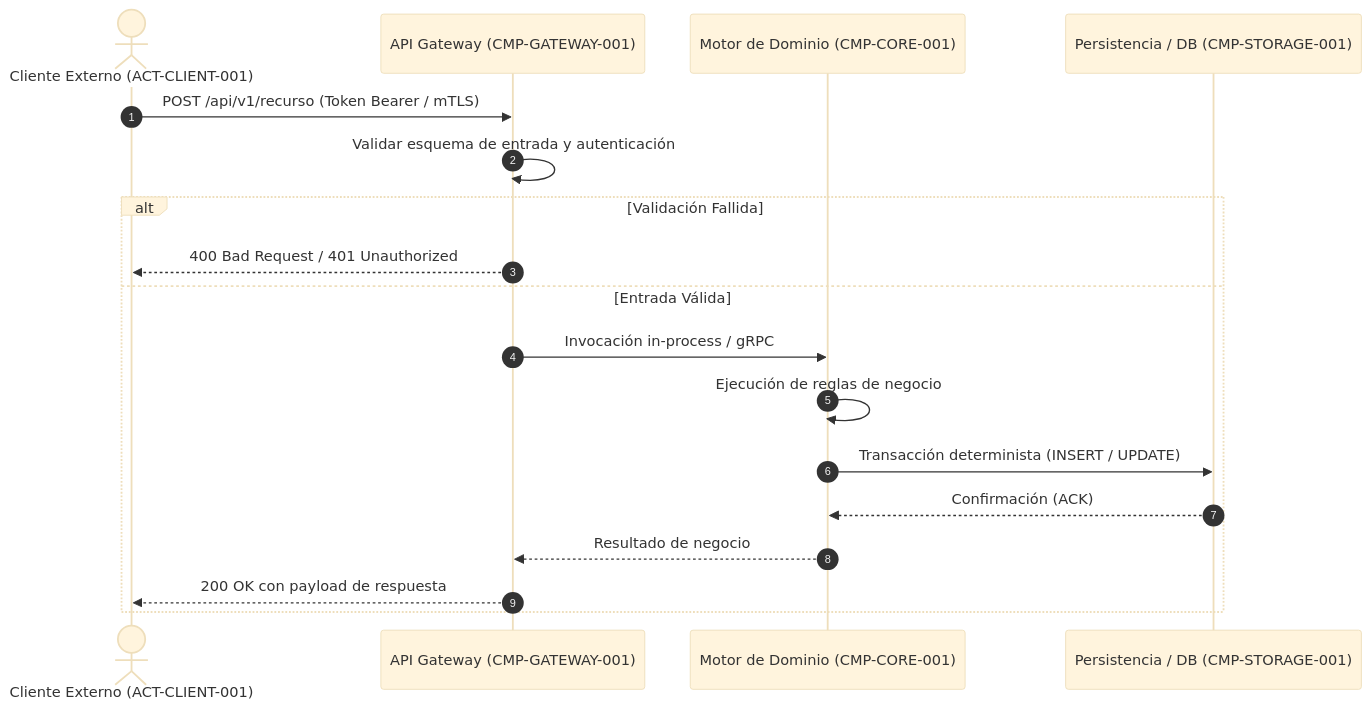
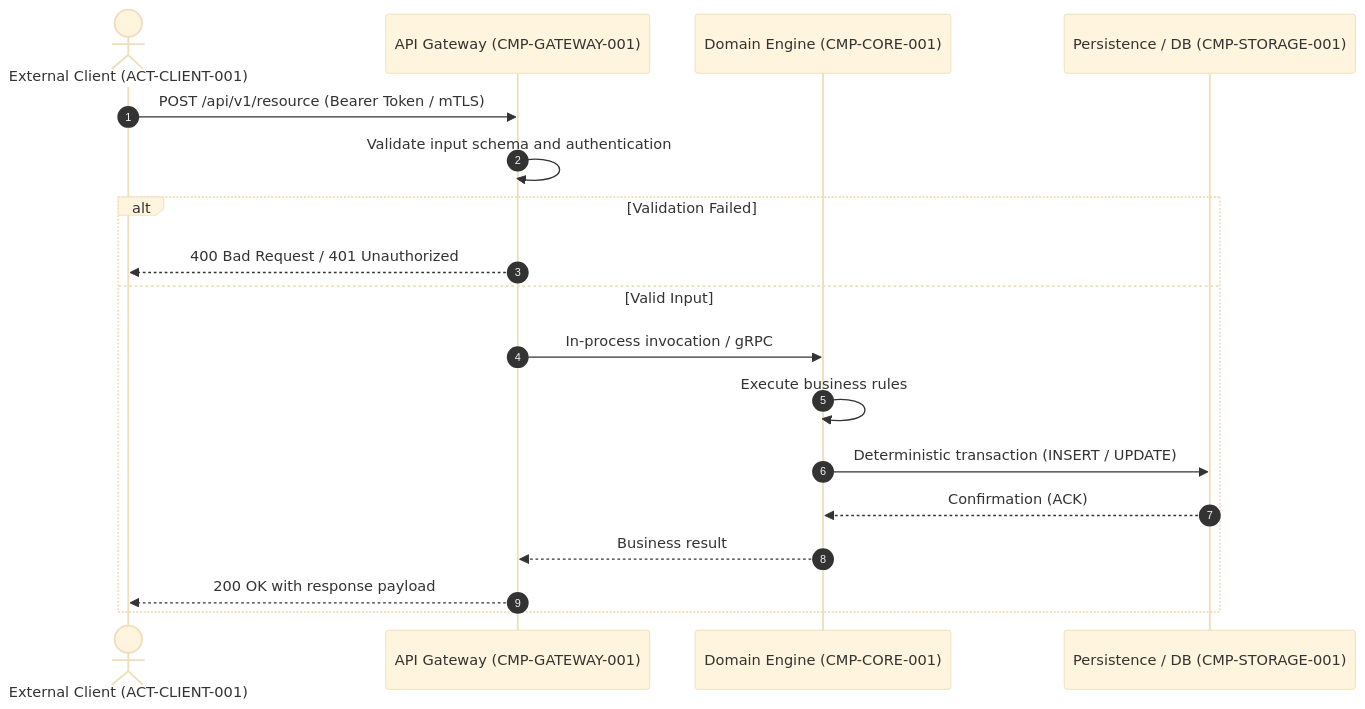
One commit to altromon/AI-SDLC changed the first of 2 diagrams in templates/architecture/runtime-view.template.md. Above: the diagram before and after it, drawn with Mermaid (base theme). The commit also changed other lines of this file and 125 other files, not shown here.

````diff
--- a/templates/architecture/runtime-view.template.md
+++ b/templates/architecture/runtime-view.template.md
@@ -27,21 +27,21 @@
 ```mermaid
 sequenceDiagram
     autonumber
-    actor Client as Cliente Externo (ACT-CLIENT-001)
+    actor Client as External Client (ACT-CLIENT-001)
     participant Gateway as API Gateway (CMP-GATEWAY-001)
-    participant Core as Motor de Dominio (CMP-CORE-001)
-    participant Storage as Persistencia / DB (CMP-STORAGE-001)
+    participant Core as Domain Engine (CMP-CORE-001)
+    participant Storage as Persistence / DB (CMP-STORAGE-001)
 
-    Client->>Gateway: POST /api/v1/recurso (Token Bearer / mTLS)
-    Gateway->>Gateway: Validar esquema de entrada y autenticación
-    alt Validación Fallida
+    Client->>Gateway: POST /api/v1/resource (Bearer Token / mTLS)
+    Gateway->>Gateway: Validate input schema and authentication
+    alt Validation Failed
         Gateway-->>Client: 400 Bad Request / 401 Unauthorized
-    else Entrada Válida
-        Gateway->>Core: Invocación in-process / gRPC
-        Core->>Core: Ejecución de reglas de negocio
-        Core->>Storage: Transacción determinista (INSERT / UPDATE)
-        Storage-->>Core: Confirmación (ACK)
-        Core-->>Gateway: Resultado de negocio
-        Gateway-->>Client: 200 OK con payload de respuesta
+    else Valid Input
+        Gateway->>Core: In-process invocation / gRPC
+        Core->>Core: Execute business rules
+        Core->>Storage: Deterministic transaction (INSERT / UPDATE)
+        Storage-->>Core: Confirmation (ACK)
+        Core-->>Gateway: Business result
+        Gateway-->>Client: 200 OK with response payload
     end
 ```
````
